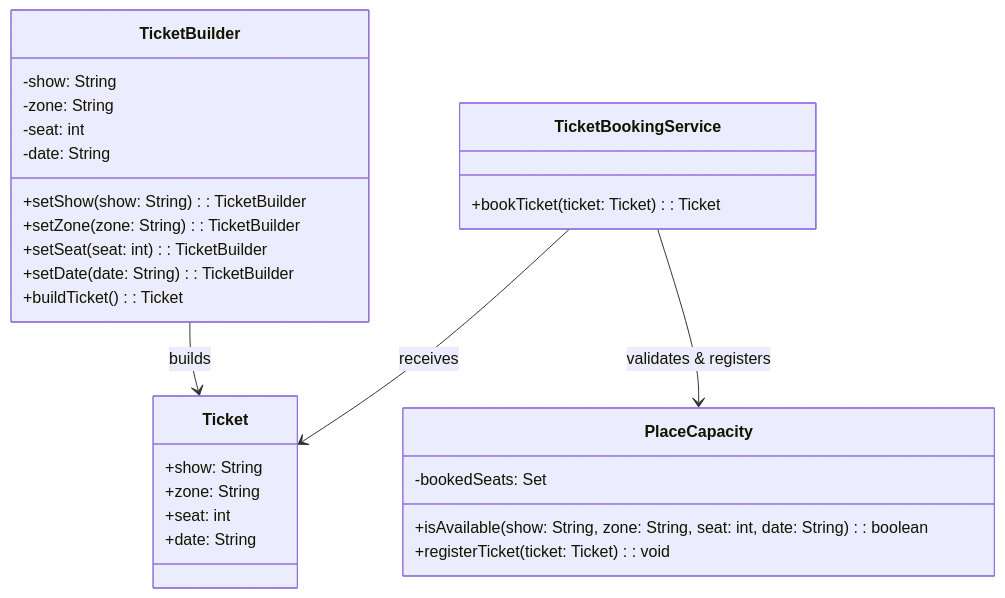
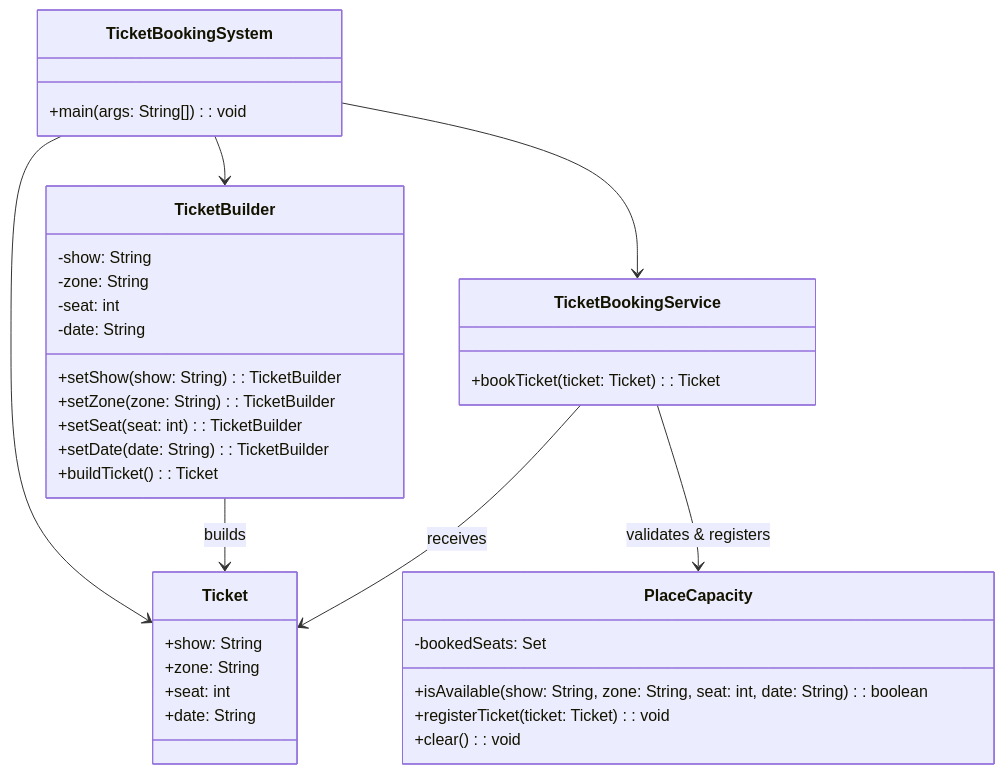
One commit to rbleggi/tech-pocs changed the diagram in java/ticket-booking/README.md. Above: the diagram before and after it, drawn with Mermaid. The commit also changed other lines of this file, not shown here.

````diff
--- a/java/ticket-booking/README.md
+++ b/java/ticket-booking/README.md
@@ -23,37 +24,45 @@
 ```mermaid
 classDiagram
     direction TB
+
+    class TicketBookingSystem {
+        +main(args: String[]): void
+    }
 
     class Ticket {
         +show: String
         +zone: String
         +seat: int
         +date: String
     }
 
     class TicketBuilder {
         -show: String
         -zone: String
         -seat: int
         -date: String
         +setShow(show: String): TicketBuilder
         +setZone(zone: String): TicketBuilder
         +setSeat(seat: int): TicketBuilder
         +setDate(date: String): TicketBuilder
         +buildTicket(): Ticket
     }
 
     class TicketBookingService {
         +bookTicket(ticket: Ticket): Ticket
     }
 
     class PlaceCapacity {
         -bookedSeats: Set<BookedSeat>
         +isAvailable(show: String, zone: String, seat: int, date: String): boolean
         +registerTicket(ticket: Ticket): void
+        +clear(): void
     }
 
+    TicketBookingSystem --> TicketBuilder
+    TicketBookingSystem --> TicketBookingService
+    TicketBookingSystem --> Ticket
     TicketBuilder --> Ticket: builds
     TicketBookingService --> Ticket: receives
     TicketBookingService --> PlaceCapacity: validates & registers
 ```
````
